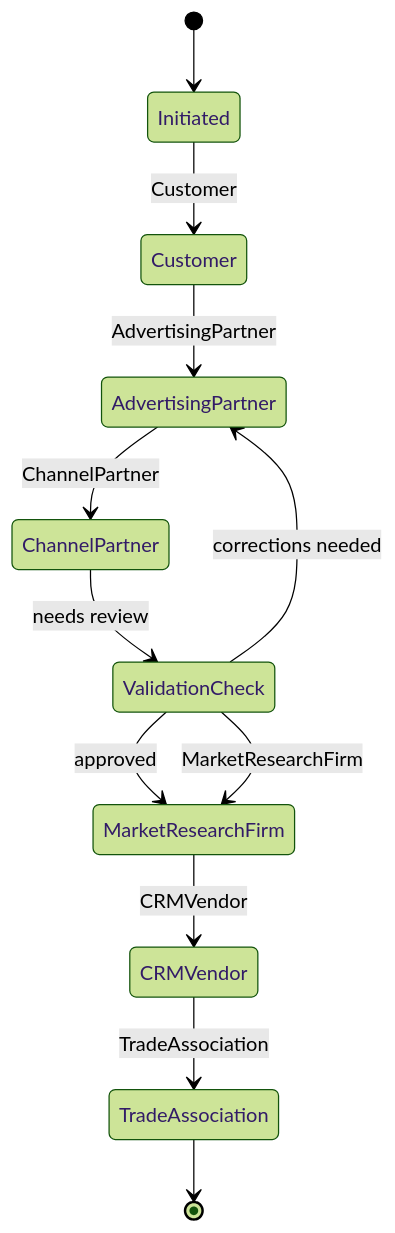
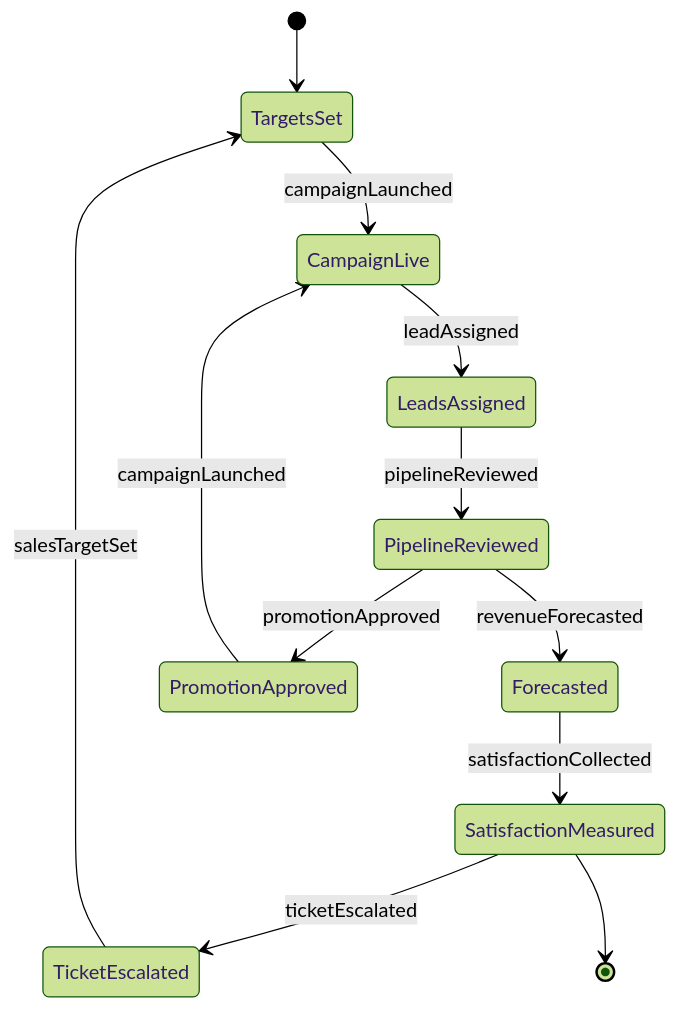
Before and after one commit to dot-org-ai/tasks.org.ai: the second of 4 diagrams in GuidingDirectingAndMotivatingSubordinates/DirectOrganizationalOperationsActivitiesOrProcedures/DirectSalesMarketingCustomerService.mdx, drawn with Mermaid (forest theme). The commit also changed other lines of this file and 515 other files, not shown here.

````diff
--- a/GuidingDirectingAndMotivatingSubordinates/DirectOrganizationalOperationsActivitiesOrProcedures/DirectSalesMarketingCustomerService.mdx
+++ b/GuidingDirectingAndMotivatingSubordinates/DirectOrganizationalOperationsActivitiesOrProcedures/DirectSalesMarketingCustomerService.mdx
@@ -112,14 +108,14 @@
 ```mermaid
 stateDiagram-v2
-    [*] --> Initiated
-    Initiated --> Customer: Customer
-    Customer --> AdvertisingPartner: AdvertisingPartner
-    AdvertisingPartner --> ChannelPartner: ChannelPartner
-    ChannelPartner --> ValidationCheck: needs review
-    ValidationCheck --> AdvertisingPartner: corrections needed
-    ValidationCheck --> MarketResearchFirm: approved
-    ValidationCheck --> MarketResearchFirm: MarketResearchFirm
-    MarketResearchFirm --> CRMVendor: CRMVendor
-    CRMVendor --> TradeAssociation: TradeAssociation
-    TradeAssociation --> [*]
+    [*] --> TargetsSet
+    TargetsSet --> CampaignLive : campaignLaunched
+    CampaignLive --> LeadsAssigned : leadAssigned
+    LeadsAssigned --> PipelineReviewed : pipelineReviewed
+    PipelineReviewed --> Forecasted : revenueForecasted
+    PipelineReviewed --> PromotionApproved : promotionApproved
+    PromotionApproved --> CampaignLive : campaignLaunched
+    Forecasted --> SatisfactionMeasured : satisfactionCollected
+    SatisfactionMeasured --> TicketEscalated : ticketEscalated
+    TicketEscalated --> TargetsSet : salesTargetSet
+    SatisfactionMeasured --> [*]
 ```
````
